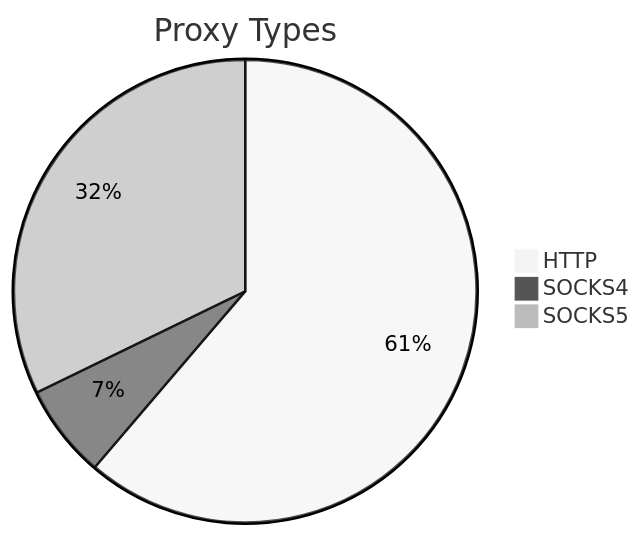
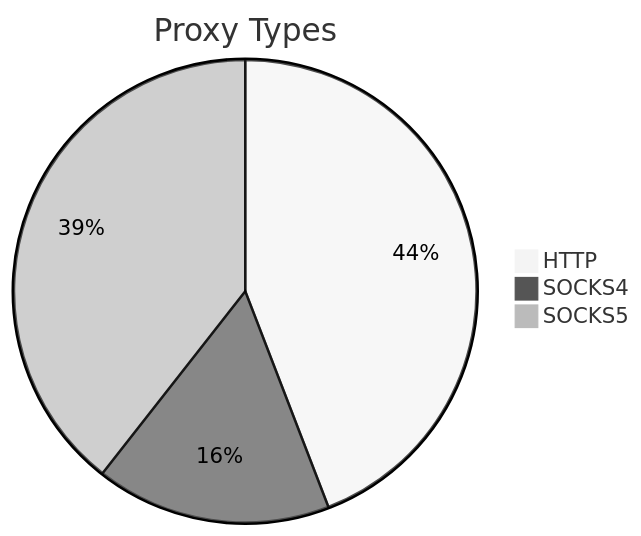
The first of 2 diagrams in README.md (stormsia/proxy-list), drawn with Mermaid (neutral theme) before and after one commit. The commit also changed other lines of this file, not shown here.

````diff
--- a/README.md
+++ b/README.md
@@ -21,6 +21,6 @@
 ```mermaid
 pie title Proxy Types
-    "HTTP" : 215
-    "SOCKS4" : 23
-    "SOCKS5" : 113
+    "HTTP" : 196
+    "SOCKS4" : 73
+    "SOCKS5" : 175
 ```
````
